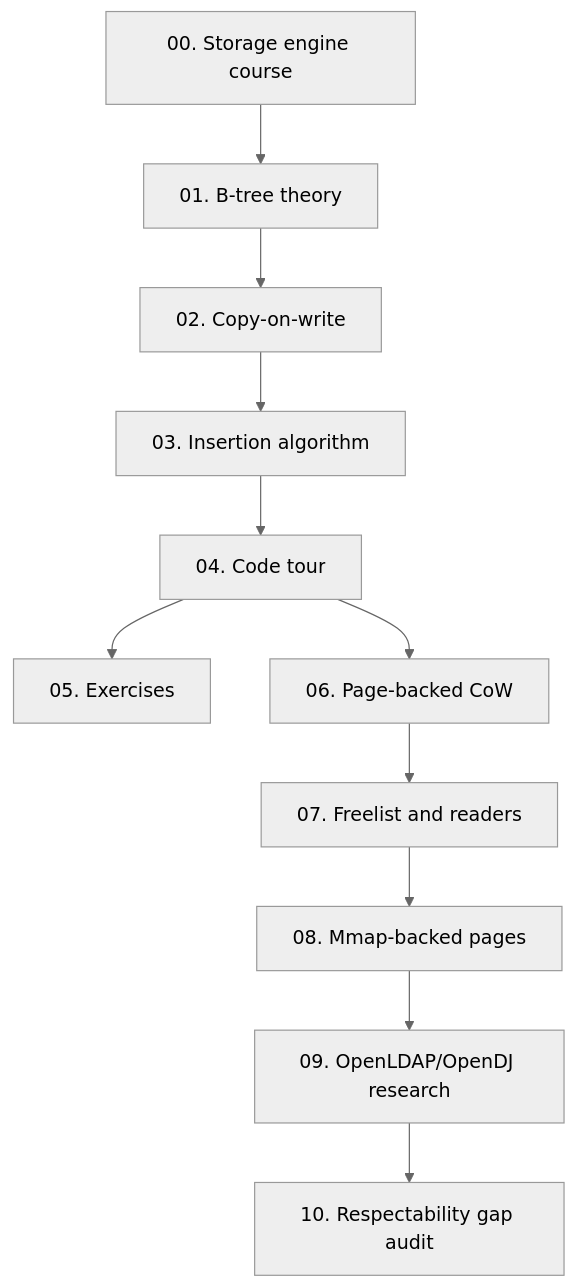
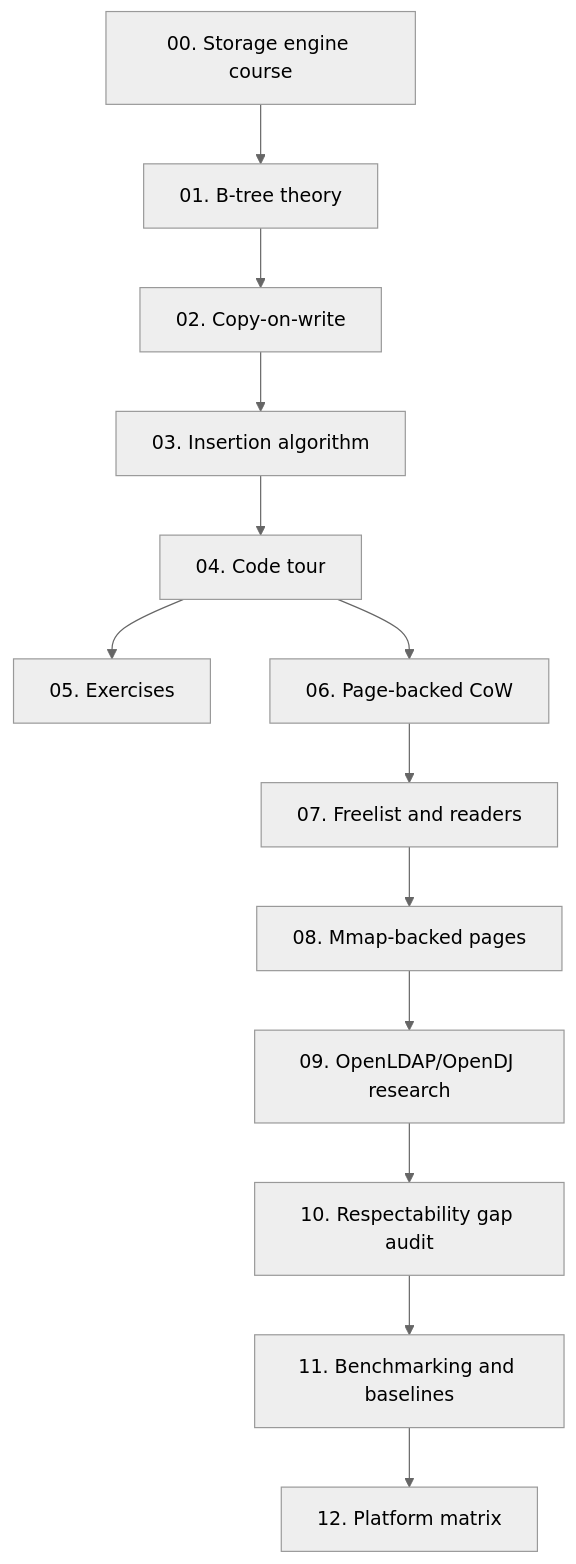
The diagram in docs/index.md (hadamrd/cow-btree-course), drawn with Mermaid (neutral theme) before and after one commit. The commit also changed other lines of this file and 16 other files, not shown here.

````diff
--- a/docs/index.md
+++ b/docs/index.md
@@ -21,13 +21,15 @@
 ```mermaid
 flowchart TD
     Z["00. Storage engine course"] --> A["01. B-tree theory"]
     A --> B["02. Copy-on-write"]
     B --> C["03. Insertion algorithm"]
     C --> D["04. Code tour"]
     D --> E["05. Exercises"]
     D --> F["06. Page-backed CoW"]
     F --> G["07. Freelist and readers"]
     G --> H["08. Mmap-backed pages"]
     H --> I["09. OpenLDAP/OpenDJ research"]
     I --> J["10. Respectability gap audit"]
+    J --> K["11. Benchmarking and baselines"]
+    K --> L["12. Platform matrix"]
 ```
````
